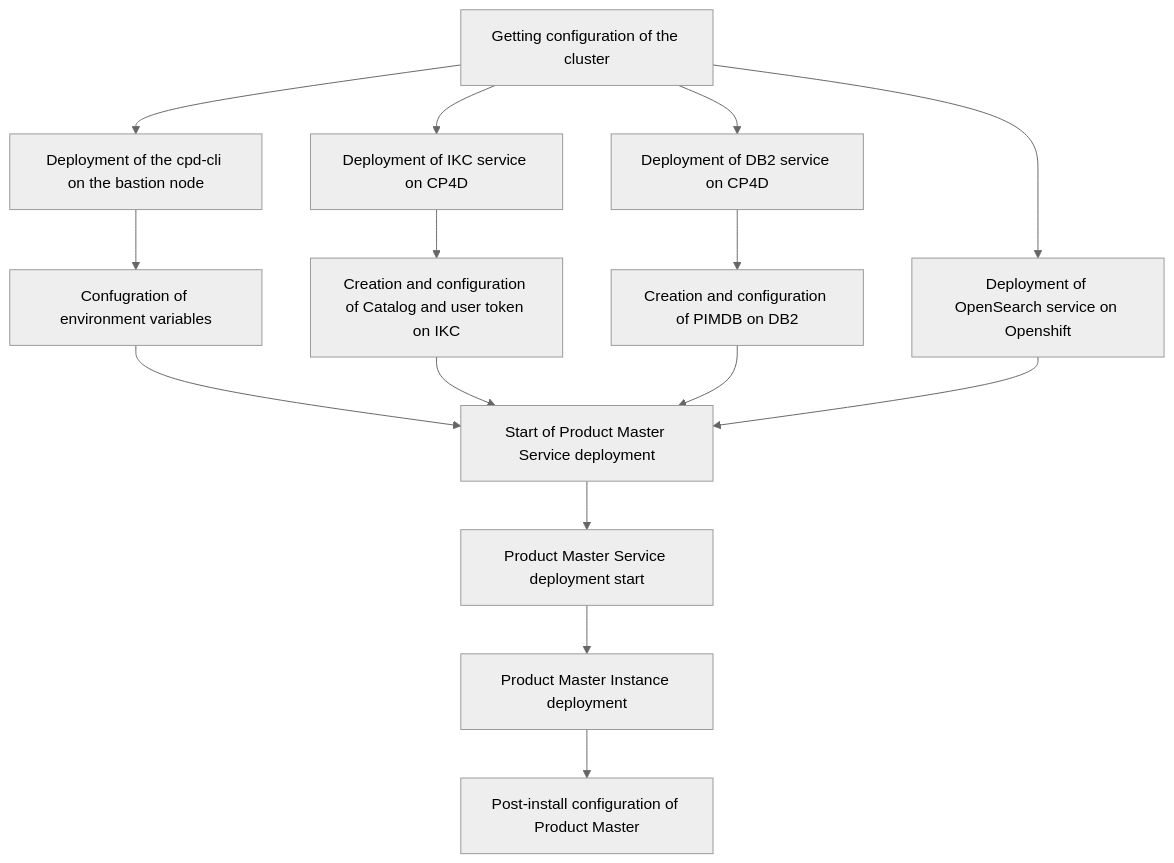
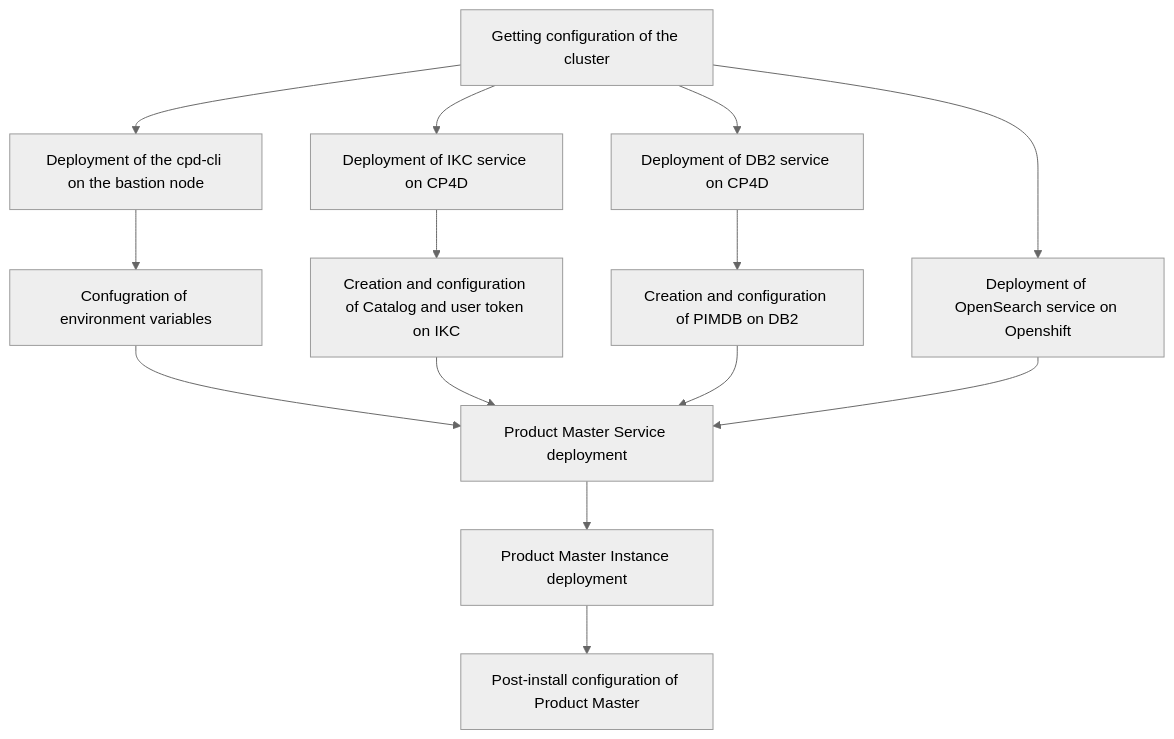
Before and after one commit to pavel-maltsev/IBM-Cloud-Pak-for-Data: the diagram in CP4D Generic/Deployment of Product Master/Product_Master_Deployment.md, drawn with Mermaid (neutral theme).

````diff
--- a/CP4D Generic/Deployment of Product Master/Product_Master_Deployment.md
+++ b/CP4D Generic/Deployment of Product Master/Product_Master_Deployment.md
@@ -8,17 +8,16 @@
 ```mermaid
 graph TD;
     A[Getting configuration of the cluster]-->B[Deployment of the cpd-cli on the bastion node];
     B-->C[Confugration of environment variables];
     A-->D[Deployment of DB2 service on CP4D];
     A-->F[Deployment of IKC service on CP4D];
-    C-->M[Start of Product Master Service deployment];
+    C-->M[Product Master Service deployment];
     D-->E[Creation and configuration of PIMDB on DB2];
     F-->G[Creation and configuration of Catalog and user token on IKC];
     G-->M;
     E-->M;
     A-->H[Deployment of OpenSearch service on Openshift];
     H-->M;
-    M-->N[Product Master Service deployment start];
-    N-->O[Product Master Instance deployment];
+    M-->O[Product Master Instance deployment];
     O-->P[Post-install configuration of Product Master];
 ```
````
